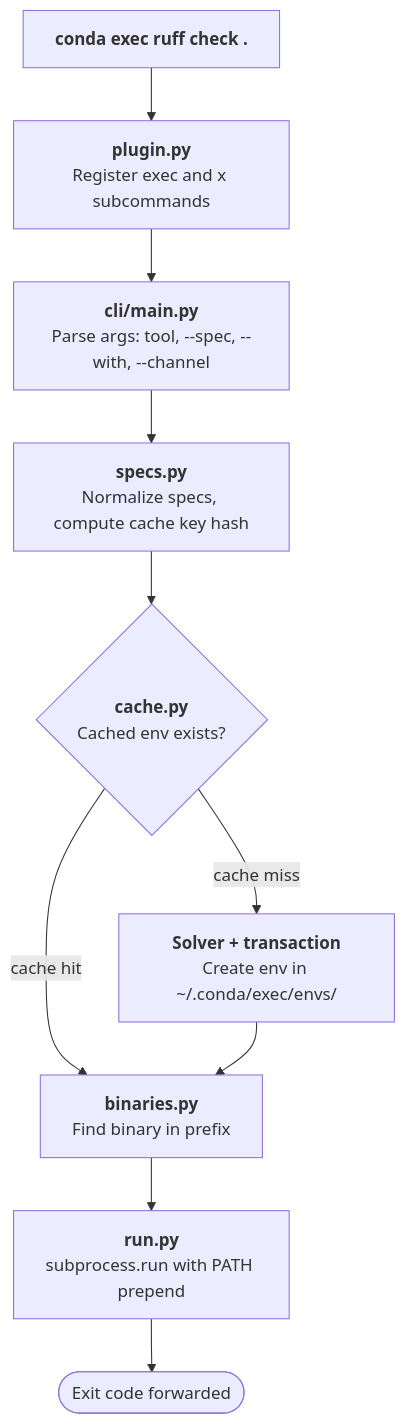
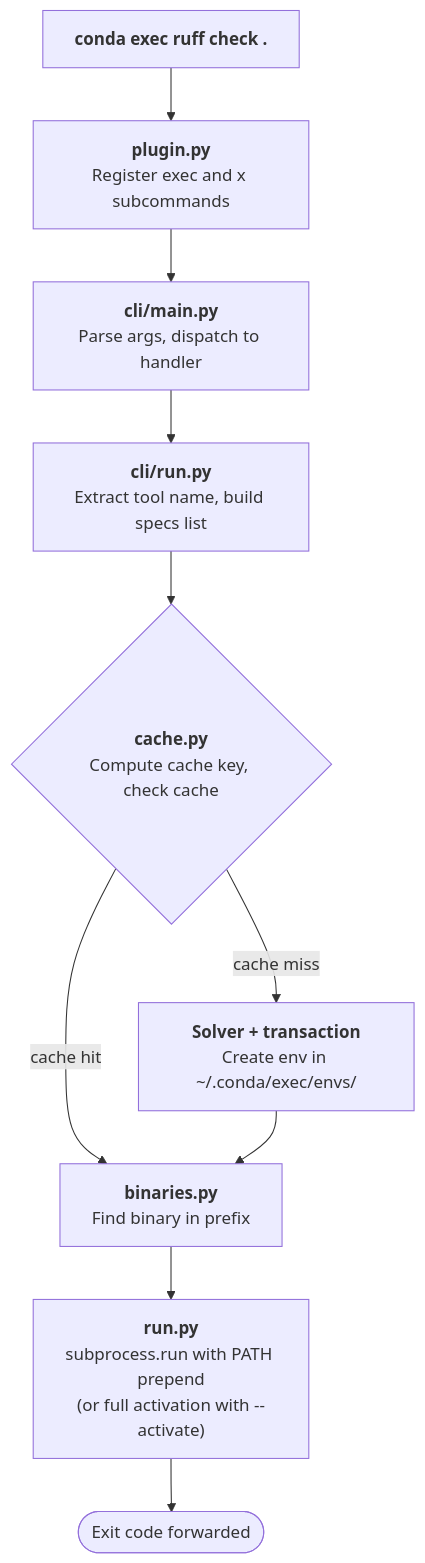
The diagram in docs/explanation/architecture.md (conda-incubator/conda-exec), drawn with Mermaid before and after one commit. The commit also changed 6 other files, not shown here.

````diff
--- a/docs/explanation/architecture.md
+++ b/docs/explanation/architecture.md
@@ -9,12 +9,12 @@
 ```{mermaid}
 flowchart TD
     A["<b>conda exec ruff check .</b>"] --> B["<b>plugin.py</b><br>Register exec and x subcommands"]
-    B --> C["<b>cli/main.py</b><br>Parse args: tool, --spec, --with, --channel"]
-    C --> D["<b>specs.py</b><br>Normalize specs, compute cache key hash"]
-    D --> E{"<b>cache.py</b><br>Cached env exists?"}
+    B --> C["<b>cli/main.py</b><br>Parse args, dispatch to handler"]
+    C --> D["<b>cli/run.py</b><br>Extract tool name, build specs list"]
+    D --> E{"<b>cache.py</b><br>Compute cache key, check cache"}
     E -- cache hit --> F["<b>binaries.py</b><br>Find binary in prefix"]
     E -- cache miss --> G["<b>Solver + transaction</b><br>Create env in ~/.conda/exec/envs/"]
     G --> F
-    F --> H["<b>run.py</b><br>subprocess.run with PATH prepend"]
+    F --> H["<b>run.py</b><br>subprocess.run with PATH prepend<br>(or full activation with --activate)"]
     H --> I(["Exit code forwarded"])
 ```
````
